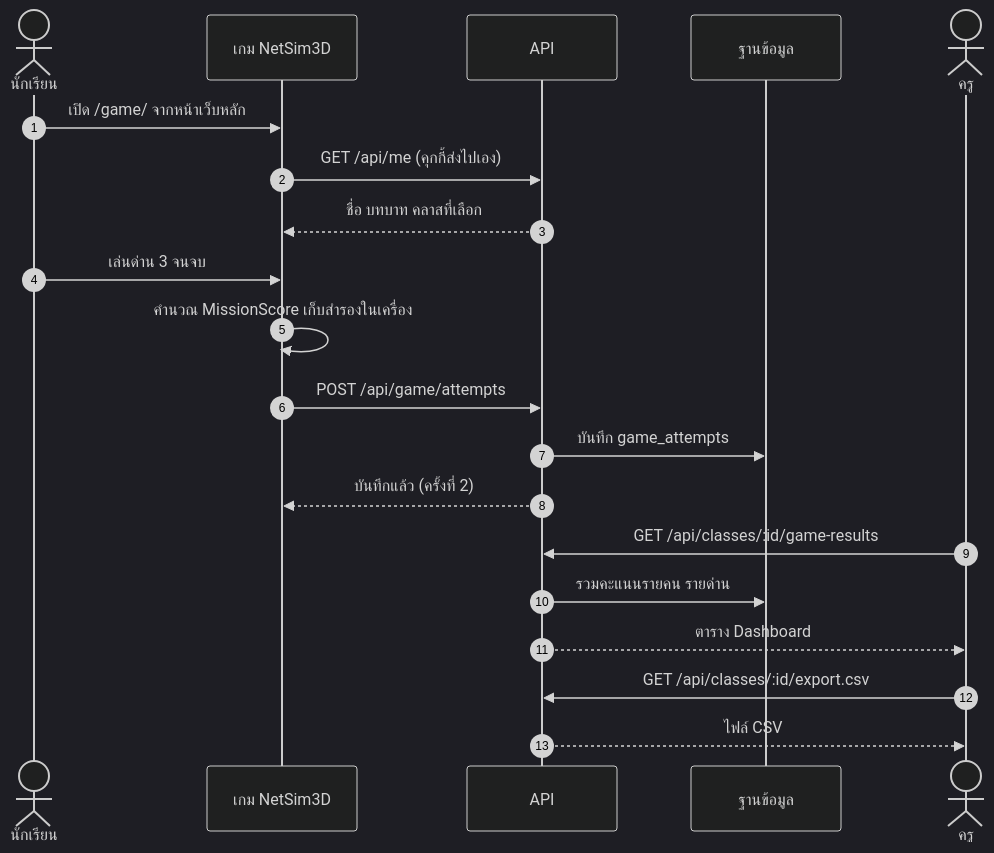
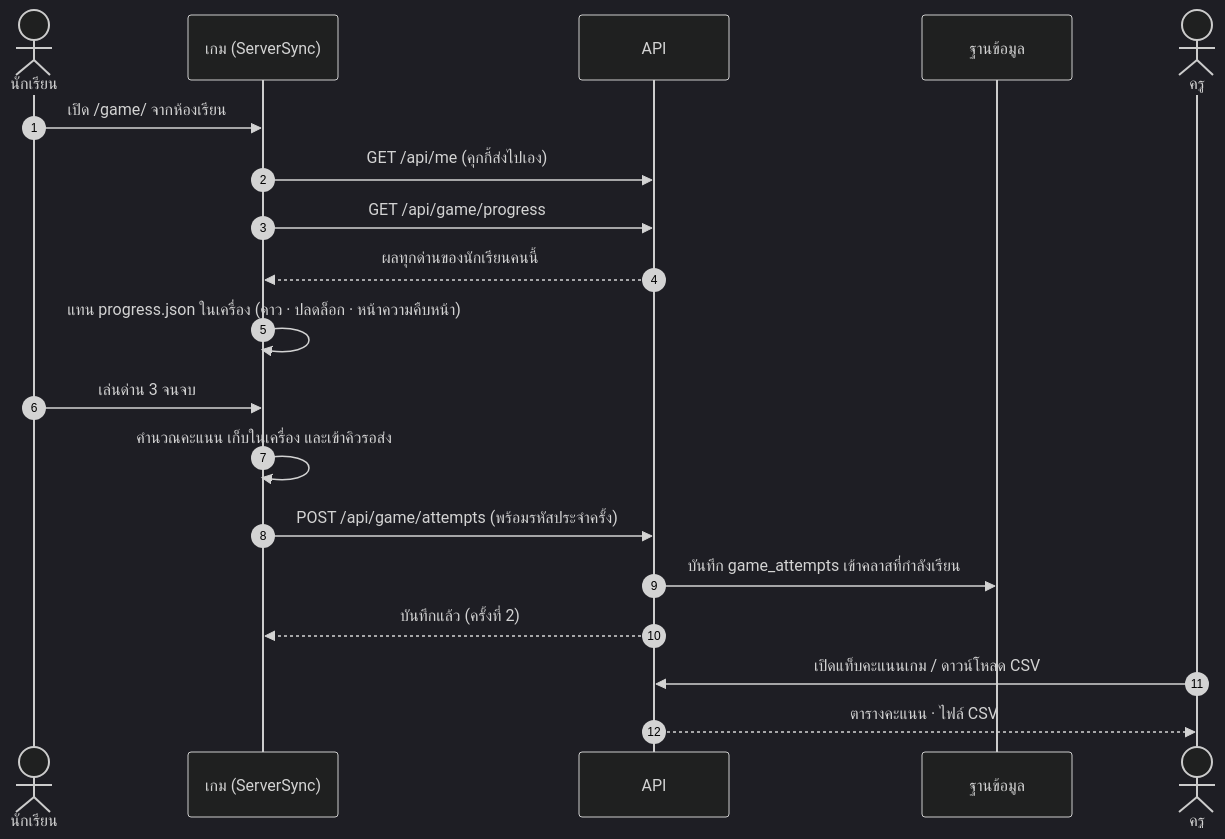
One commit to s6802041510091-stack/NetSim3D changed the fourth of 6 diagrams in เว็บไซต์/README.md. Above: the diagram before and after it, drawn with Mermaid (dark theme). The commit also changed other lines of this file and 1 other file, not shown here.

````diff
--- a/เว็บไซต์/README.md
+++ b/เว็บไซต์/README.md
@@ -134,22 +164,21 @@
 ```mermaid
 sequenceDiagram
   autonumber
   actor S as นักเรียน
-  participant N as เกม NetSim3D
+  participant N as เกม (ServerSync)
   participant A as API
   participant D as ฐานข้อมูล
   actor T as ครู
-  S->>N: เปิด /game/ จากหน้าเว็บหลัก
+  S->>N: เปิด /game/ จากห้องเรียน
   N->>A: GET /api/me (คุกกี้ส่งไปเอง)
-  A-->>N: ชื่อ บทบาท คลาสที่เลือก
+  N->>A: GET /api/game/progress
+  A-->>N: ผลทุกด่านของนักเรียนคนนี้
+  N->>N: แทน progress.json ในเครื่อง (ดาว · ปลดล็อก · หน้าความคืบหน้า)
   S->>N: เล่นด่าน 3 จนจบ
-  N->>N: คำนวณ MissionScore เก็บสำรองในเครื่อง
-  N->>A: POST /api/game/attempts
-  A->>D: บันทึก game_attempts
+  N->>N: คำนวณคะแนน เก็บในเครื่อง และเข้าคิวรอส่ง
+  N->>A: POST /api/game/attempts (พร้อมรหัสประจำครั้ง)
+  A->>D: บันทึก game_attempts เข้าคลาสที่กำลังเรียน
   A-->>N: บันทึกแล้ว (ครั้งที่ 2)
-  T->>A: GET /api/classes/:id/game-results
-  A->>D: รวมคะแนนรายคน รายด่าน
-  A-->>T: ตาราง Dashboard
-  T->>A: GET /api/classes/:id/export.csv
-  A-->>T: ไฟล์ CSV
+  T->>A: เปิดแท็บคะแนนเกม / ดาวน์โหลด CSV
+  A-->>T: ตารางคะแนน · ไฟล์ CSV
 ```
````
